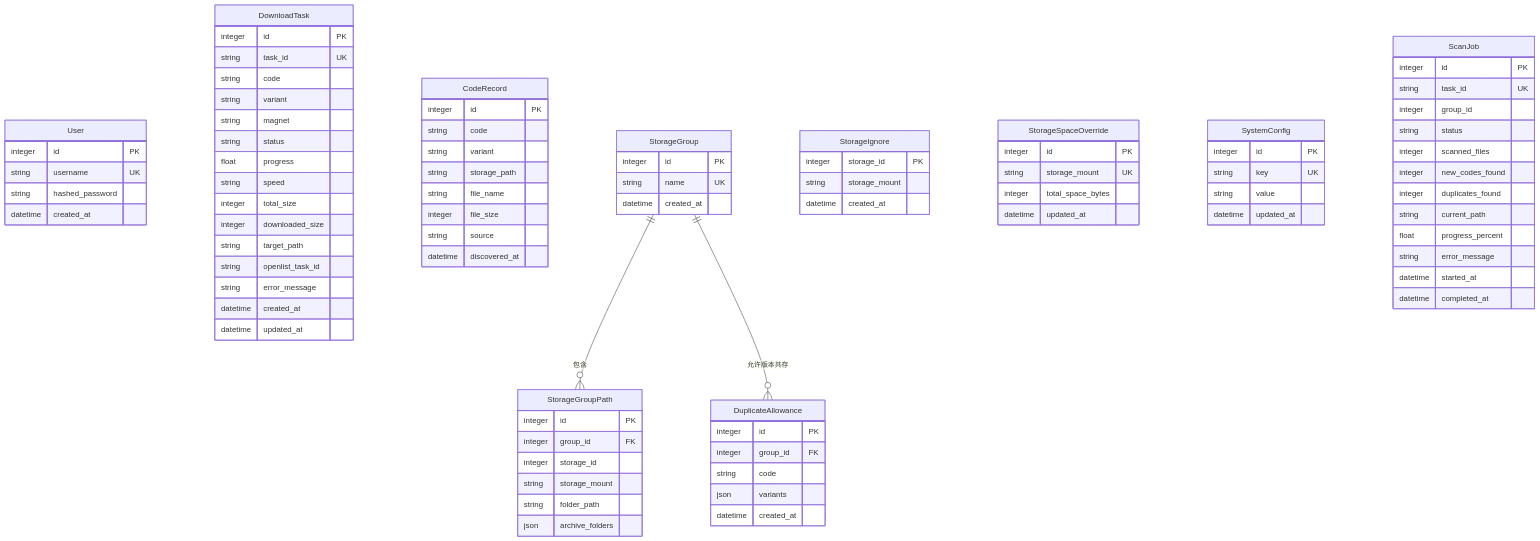
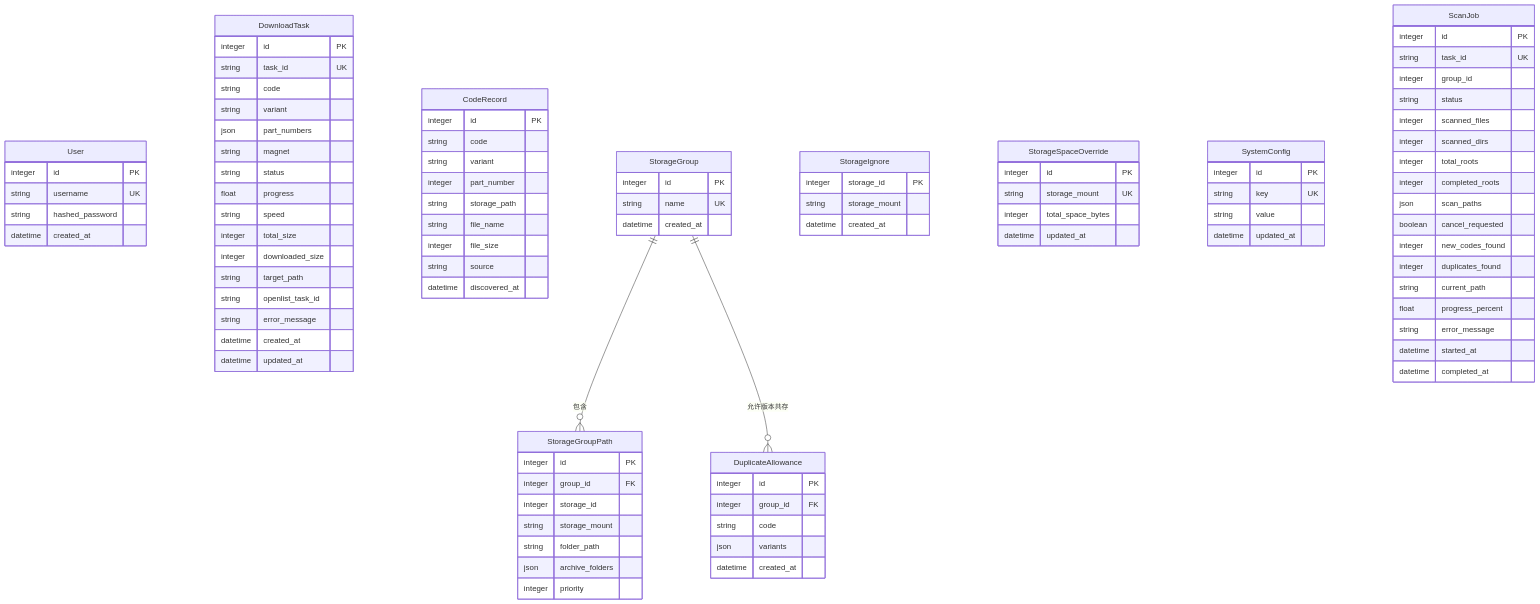
Before and after one commit to TheWuSi/Kuroko: the third of 3 diagrams in docs/dev/architecture.md, drawn with Mermaid. The commit also changed other lines of this file and 54 other files, not shown here.

```diff
--- a/docs/dev/architecture.md
+++ b/docs/dev/architecture.md
@@ -169,6 +169,7 @@
         string task_id UK
         string code
         string variant
+        json part_numbers
         string magnet
         string status
         float progress
@@ -186,6 +187,7 @@
         integer id PK
         string code
         string variant
+        integer part_number
         string storage_path
         string file_name
         integer file_size
@@ -206,6 +208,7 @@
         string storage_mount
         string folder_path
         json archive_folders
+        integer priority
     }
 
     StorageIgnore {
@@ -242,6 +245,11 @@
         integer group_id
         string status
         integer scanned_files
+        integer scanned_dirs
+        integer total_roots
+        integer completed_roots
+        json scan_paths
+        boolean cancel_requested
         integer new_codes_found
         integer duplicates_found
         string current_path
```
